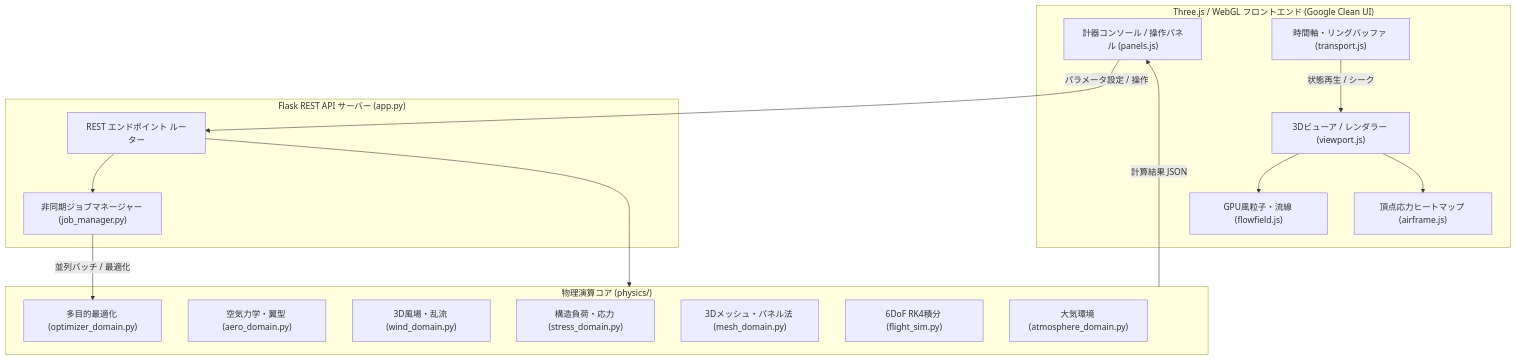
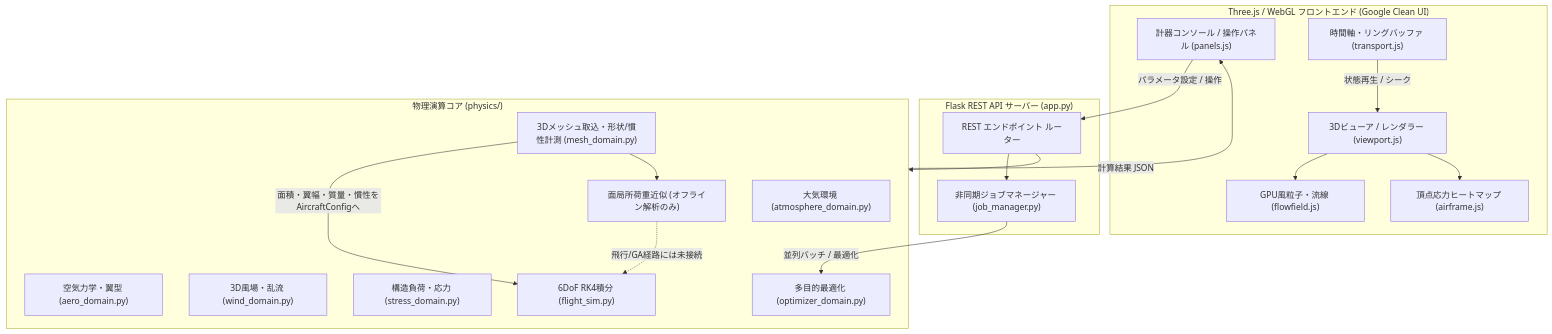
The diagram in docs/architecture.md (minetan1229/air_simulation), drawn with Mermaid before and after one commit. The commit also changed 18 other files, not shown here.

Commit message:
feat(ga2, mesh): integrate full-wind evaluation, fold-step benchmarks and mesh panel docs

````diff
--- a/docs/architecture.md
+++ b/docs/architecture.md
@@ -11,34 +11,38 @@
 ```mermaid
 flowchart TD
     subgraph Frontend["Three.js / WebGL フロントエンド (Google Clean UI)"]
         UI["計器コンソール / 操作パネル (panels.js)"]
         Canvas["3Dビューア / レンダラー (viewport.js)"]
         Streamlines["GPU風粒子・流線 (flowfield.js)"]
         StressVis["頂点応力ヒートマップ (airframe.js)"]
         Timeline["時間軸・リングバッファ (transport.js)"]
     end
 
     subgraph Backend["Flask REST API サーバー (app.py)"]
         Router["REST エンドポイント ルーター"]
         JobMgr["非同期ジョブマネージャー (job_manager.py)"]
     end
 
     subgraph PhysicsCore["物理演算コア (physics/)"]
         Atmo["大気環境 (atmosphere_domain.py)"]
         Aero["空気力学・翼型 (aero_domain.py)"]
         Wind["3D風場・乱流 (wind_domain.py)"]
         Stress["構造負荷・応力 (stress_domain.py)"]
-        Mesh["3Dメッシュ・パネル法 (mesh_domain.py)"]
+        Mesh["3Dメッシュ取込・形状/慣性計測 (mesh_domain.py)"]
+        MeshPanelAero["面局所荷重近似 (オフライン解析のみ)"]
         FlightSim["6DoF RK4積分 (flight_sim.py)"]
         Opt["多目的最適化 (optimizer_domain.py)"]
     end
 
     UI -->|パラメータ設定 / 操作| Router
     Router --> PhysicsCore
+    Mesh -->|面積・翼幅・質量・慣性をAircraftConfigへ| FlightSim
+    Mesh --> MeshPanelAero
+    MeshPanelAero -.->|飛行/GA経路には未接続| FlightSim
     Router --> JobMgr
     JobMgr -->|並列バッチ / 最適化| Opt
     PhysicsCore -->|計算結果 JSON| UI
     Canvas --> Streamlines
     Canvas --> StressVis
     Timeline -->|状態再生 / シーク| Canvas
 ```
````
